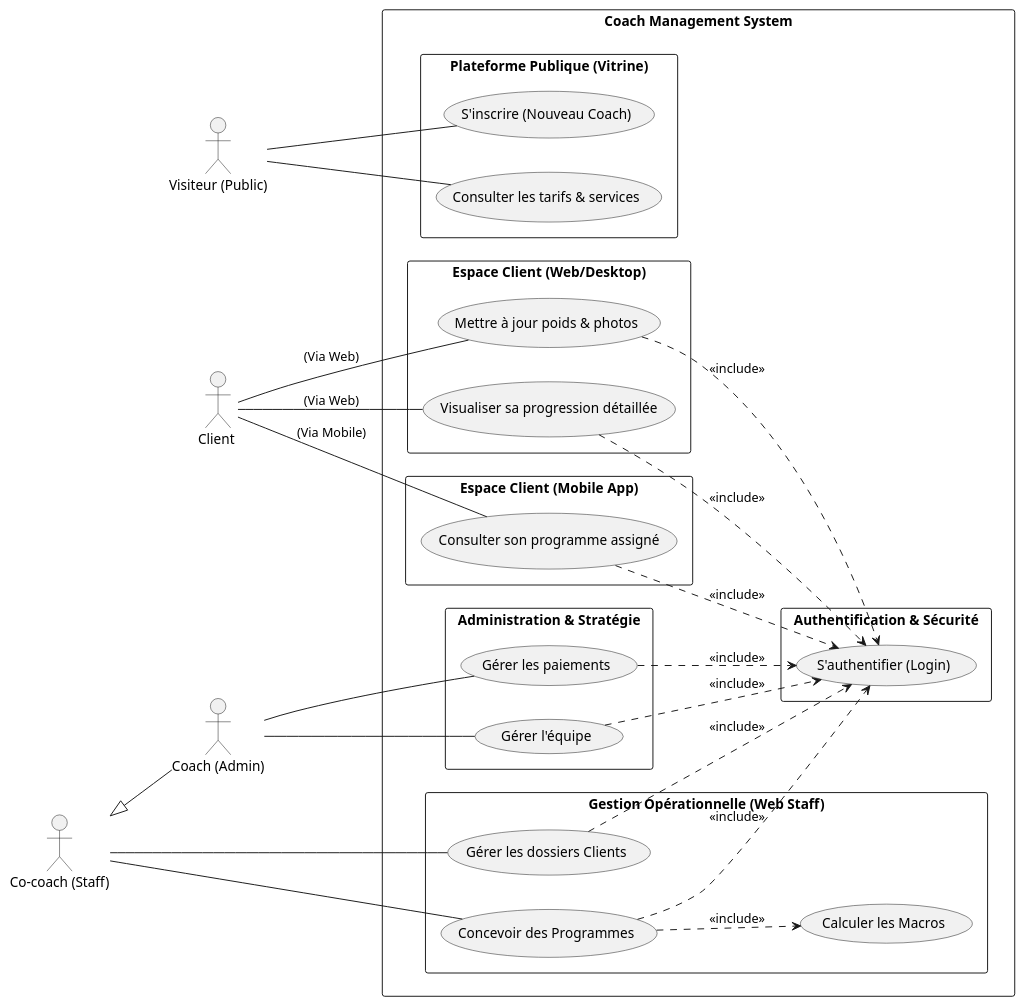
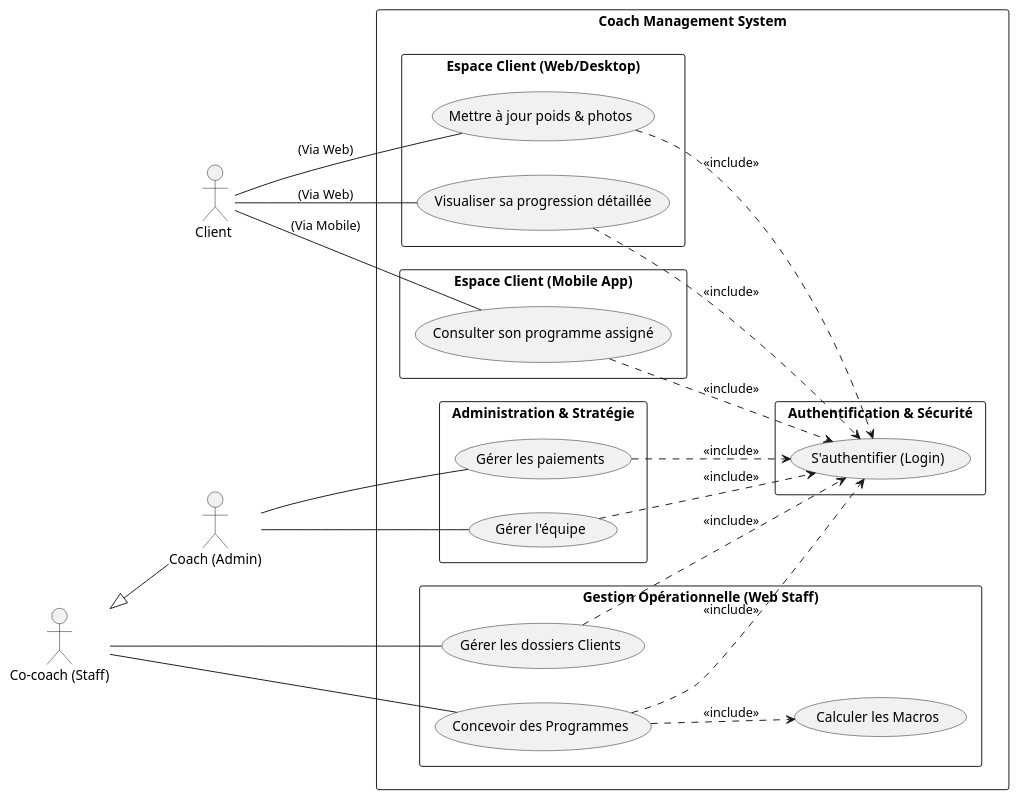
One commit to BenTaleb-Mehdi/Project-PFE changed the diagram in Analyse/usecase-diagramme/global-use-case.plantuml. Above: the diagram before and after it, drawn with PlantUML. The commit also changed 37 other files, not shown here.

Commit message:
feat: Introduce initial project structure including UI mockups, system analysis diagrams, and agent specifications.

```diff
--- a/Analyse/usecase-diagramme/global-use-case.plantuml
+++ b/Analyse/usecase-diagramme/global-use-case.plantuml
@@ -1,75 +1,68 @@
 @startuml
 left to right direction
 skinparam packageStyle rectangle
 skinparam shadowing false
 
 ' Actors
-actor "Visiteur (Public)" as Visitor
 actor "Client " as Client
 actor "Co-coach (Staff)" as Staff
 actor "Coach (Admin)" as Admin
 
 ' Hierarchy
 Staff <|-- Admin
 
 rectangle "Coach Management System" {
   
-  package "Plateforme Publique (Vitrine)" {
-    usecase "Consulter les tarifs & services" as ViewPublic
-    usecase "S'inscrire (Nouveau Coach)" as Signup
-  }
+
 
   package "Authentification & Sécurité" {
     usecase "S'authentifier (Login)" as Login
   }
 
   package "Espace Client (Web/Desktop)" {
     usecase "Mettre à jour poids & photos" as UpdateStats
     usecase "Visualiser sa progression détaillée" as ViewProgress
     
     UpdateStats ..> Login : <<include>>
     ViewProgress ..> Login : <<include>>
   }
 
   package "Espace Client (Mobile App)" {
     usecase "Consulter son programme assigné" as ViewProg
     
     ViewProg ..> Login : <<include>>
   }
 
   package "Gestion Opérationnelle (Web Staff)" {
     usecase "Gérer les dossiers Clients" as ManageClients
     usecase "Concevoir des Programmes" as DesignProgs
     usecase "Calculer les Macros" as CalcMacros
     
     ManageClients ..> Login : <<include>>
     DesignProgs ..> Login : <<include>>
     DesignProgs ..> CalcMacros : <<include>>
   }
 
   package "Administration & Stratégie" {
     usecase "Gérer l'équipe" as ManageStaff
     usecase "Gérer les paiements" as ManageMoney
     
     ManageStaff ..> Login : <<include>>
     ManageMoney ..> Login : <<include>>
   }
 }
 
-' Connections
-Visitor -- ViewPublic
-Visitor -- Signup
 
 ' Client access split by platform
 Client -- ViewProg : "(Via Mobile)"
 Client -- UpdateStats : "(Via Web)"
 Client -- ViewProgress : "(Via Web)"
 
 ' Staff & Admin
 Staff -- ManageClients
 Staff -- DesignProgs
 
 Admin -- ManageStaff
 Admin -- ManageMoney
 
 @enduml
```
